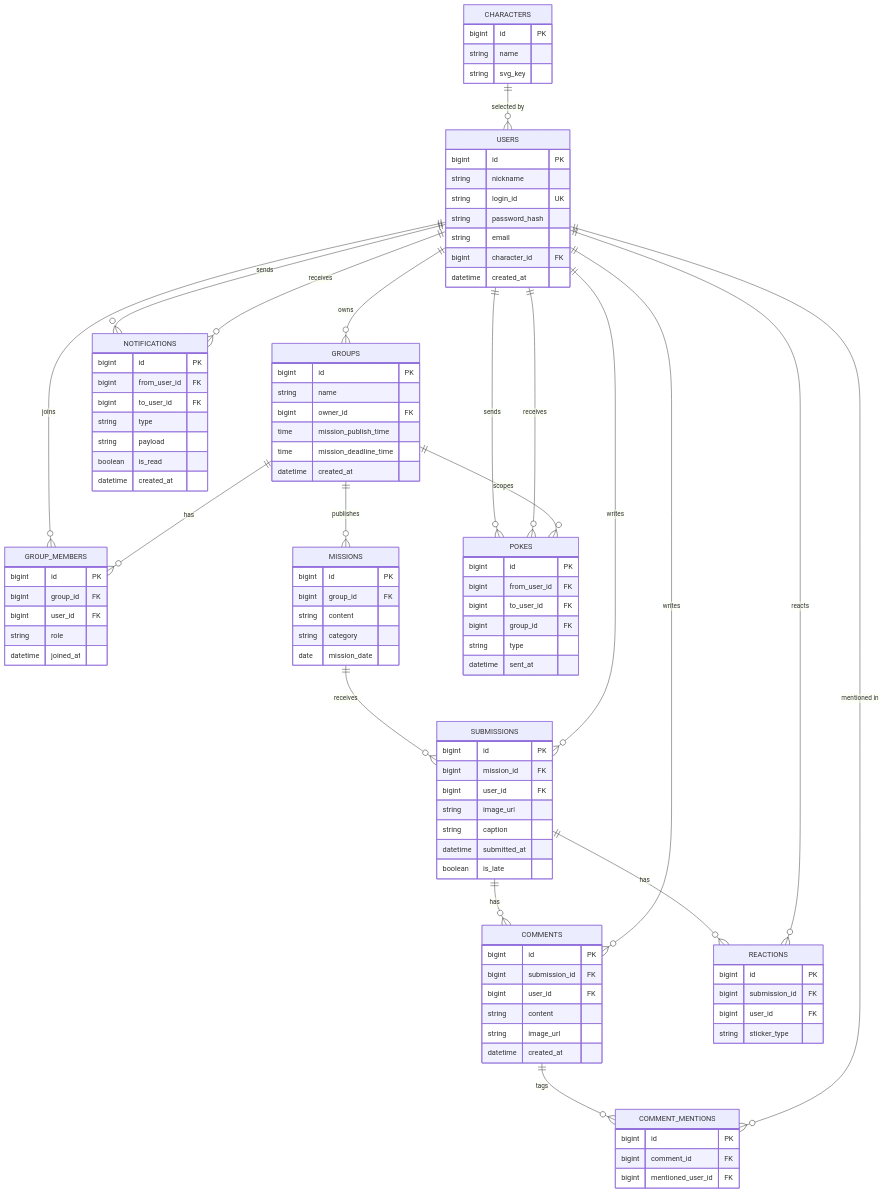
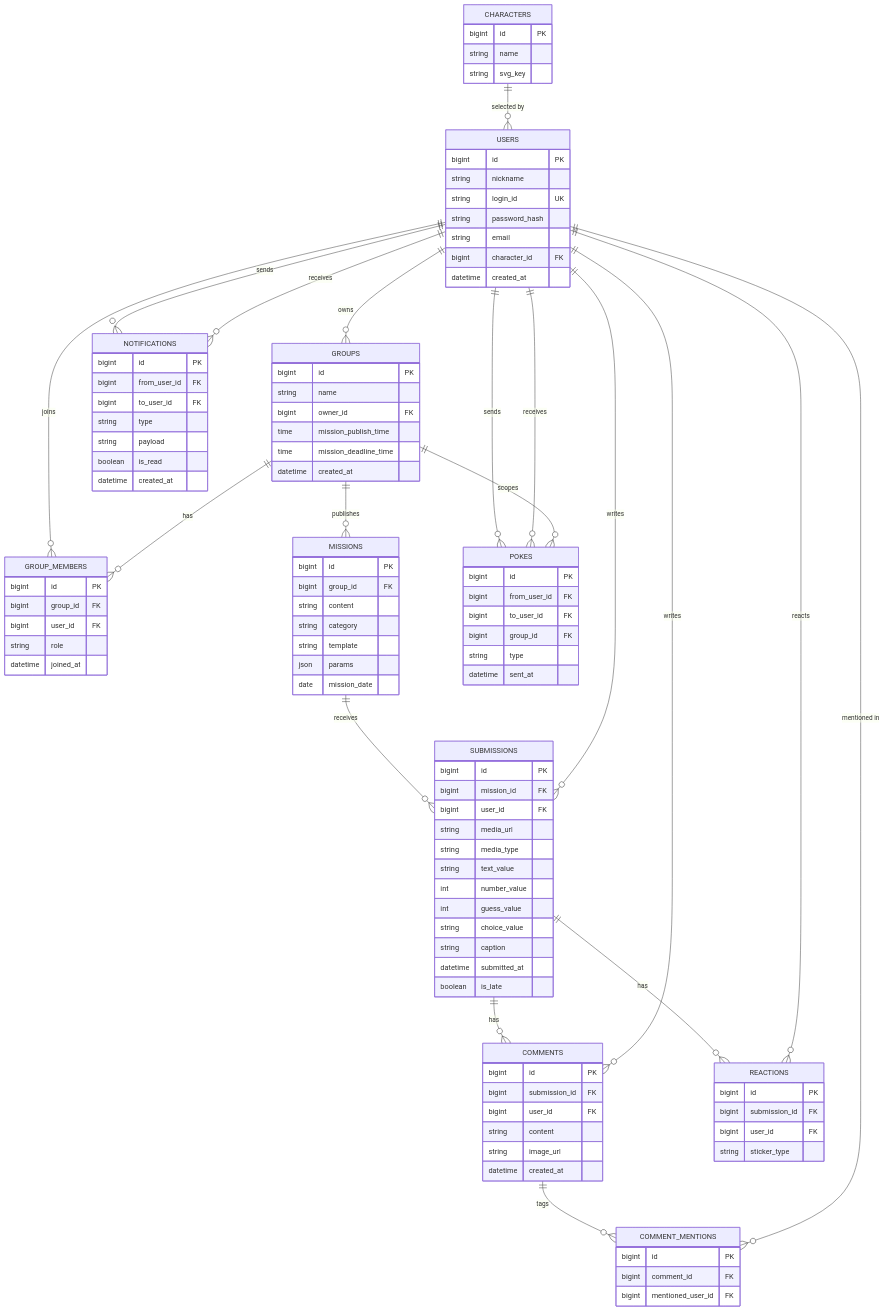
One commit to Maenghansoo1/Sapphire changed the diagram in docs/BACKEND/BACKEND_DB_ver0.1.md. Above: the diagram before and after it, drawn with Mermaid. The commit also changed other lines of this file and 7 other files, not shown here.

```diff
--- a/docs/BACKEND/BACKEND_DB_ver0.1.md
+++ b/docs/BACKEND/BACKEND_DB_ver0.1.md
@@ -58,13 +58,20 @@
     bigint group_id FK
     string content
     string category
+    string template
+    json params
     date mission_date
   }
   SUBMISSIONS {
     bigint id PK
     bigint mission_id FK
     bigint user_id FK
-    string image_url
+    string media_url
+    string media_type
+    string text_value
+    int number_value
+    int guess_value
+    string choice_value
     string caption
     datetime submitted_at
     boolean is_late
```
